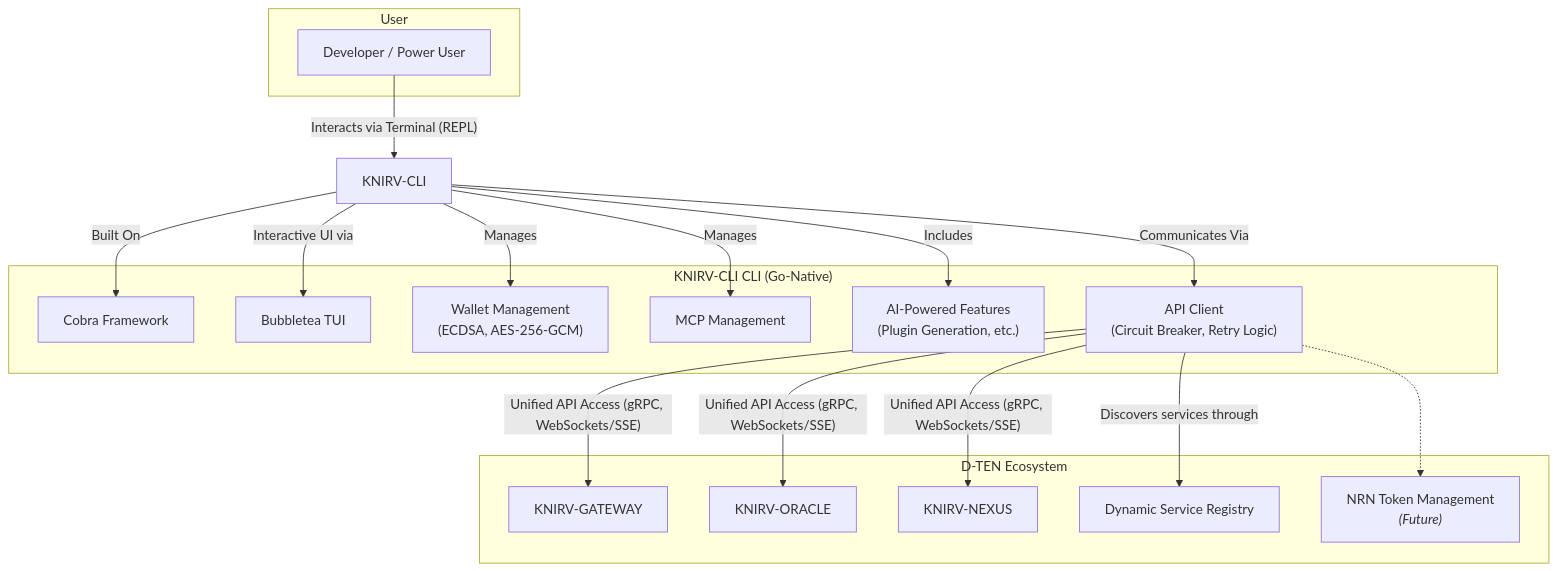
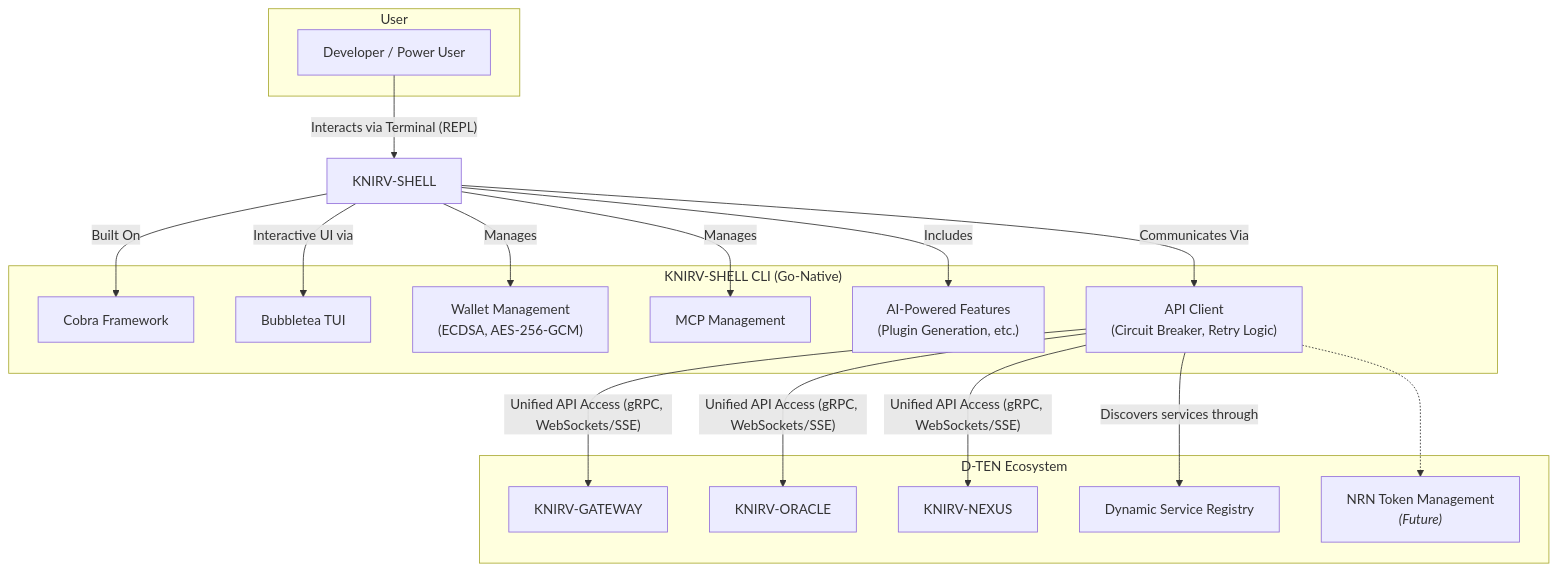
Before and after one commit to guiperry/KNIRV_NETWORK: the diagram in KNIRVGATEWAY/documentation/docsify/whitepapers/KNIRV-SDK_Whitepaper.md, drawn with Mermaid. The commit also changed other lines of this file and 2079 other files, not shown here.

````diff
--- a/KNIRVGATEWAY/documentation/docsify/whitepapers/KNIRV-SDK_Whitepaper.md
+++ b/KNIRVGATEWAY/documentation/docsify/whitepapers/KNIRV-SDK_Whitepaper.md
@@ -429,40 +448,40 @@
 ```mermaid
 graph TD
     subgraph "User"
         U[Developer / Power User]
     end
 
-    subgraph "KNIRV-CLI CLI (Go-Native)"
+    subgraph "KNIRV-SHELL CLI (Go-Native)"
         A[Cobra Framework]
         B[Bubbletea TUI]
         C["Wallet Management <br/>(ECDSA, AES-256-GCM)"]
         D[MCP Management]
         E["AI-Powered Features <br/>(Plugin Generation, etc.)"]
         F["API Client <br/>(Circuit Breaker, Retry Logic)"]
     end
 
     subgraph "D-TEN Ecosystem"
         G[KNIRV-GATEWAY]
         H[KNIRV-ORACLE]
         I[KNIRV-NEXUS]
         J[Dynamic Service Registry]
         K["NRN Token Management <br/><i>(Future)</i>"]
     end
 
-    U -- "Interacts via Terminal (REPL)" --> KNIRV-CLI
+    U -- "Interacts via Terminal (REPL)" --> KNIRV-SHELL
 
-    KNIRV-CLI -- "Built On" --> A
-    KNIRV-CLI -- "Interactive UI via" --> B
-    KNIRV-CLI -- "Manages" --> C
-    KNIRV-CLI -- "Manages" --> D
-    KNIRV-CLI -- "Includes" --> E
-    KNIRV-CLI -- "Communicates Via" --> F
+    KNIRV-SHELL -- "Built On" --> A
+    KNIRV-SHELL -- "Interactive UI via" --> B
+    KNIRV-SHELL -- "Manages" --> C
+    KNIRV-SHELL -- "Manages" --> D
+    KNIRV-SHELL -- "Includes" --> E
+    KNIRV-SHELL -- "Communicates Via" --> F
 
     F -- "Unified API Access (gRPC, WebSockets/SSE)" --> G
     F -- "Unified API Access (gRPC, WebSockets/SSE)" --> H
     F -- "Unified API Access (gRPC, WebSockets/SSE)" --> I
 
     F -- "Discovers services through" --> J
     F -.-> K
 
 ```
````
